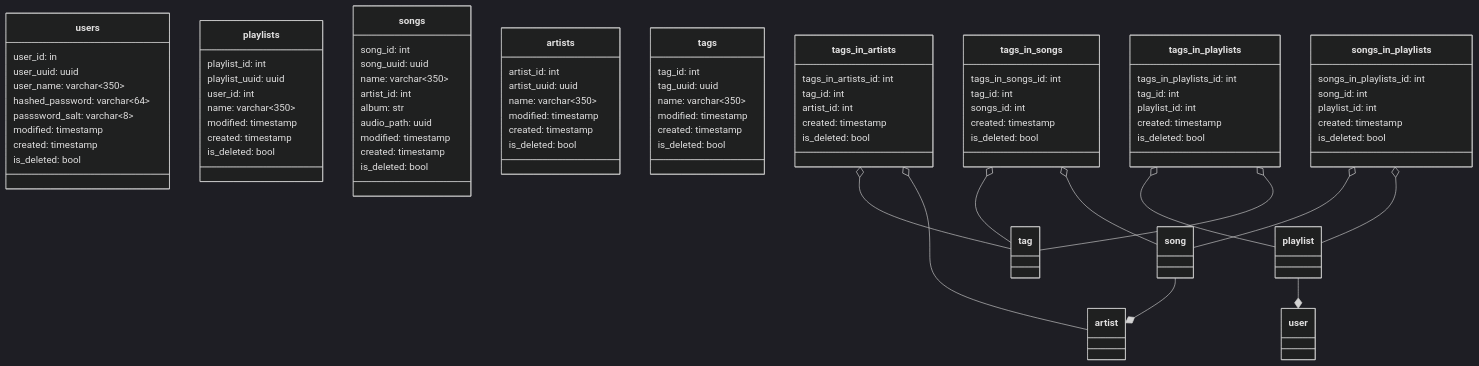
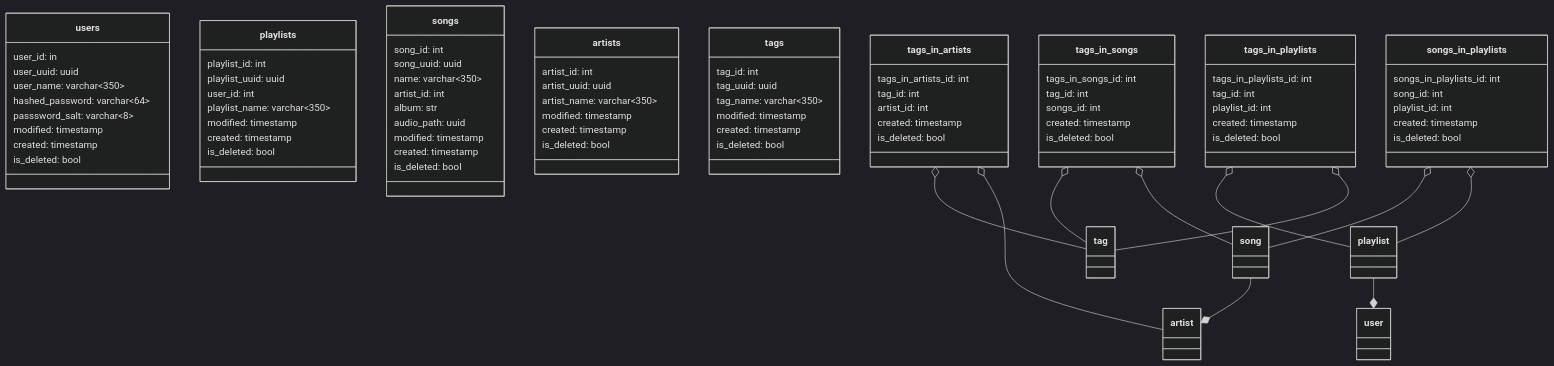
Before and after one commit to theglobehead/playlist-app-with-fastapi-react: the first of 2 diagrams in README.md, drawn with Mermaid (dark theme). The commit also changed 26 other files, not shown here.

```diff
--- a/README.md
+++ b/README.md
@@ -19,7 +19,7 @@
         playlist_id: int
         playlist_uuid: uuid
         user_id: int
-        name: varchar<350>
+        playlist_name: varchar<350>
         modified: timestamp
         created: timestamp
         is_deleted: bool
@@ -40,7 +40,7 @@
     class artists{
         artist_id: int
         artist_uuid: uuid
-        name: varchar<350>
+        artist_name: varchar<350>
         modified: timestamp
         created: timestamp
         is_deleted: bool
@@ -49,7 +49,7 @@
     class tags{
         tag_id: int
         tag_uuid: uuid
-        name: varchar<350>
+        tag_name: varchar<350>
         modified: timestamp
         created: timestamp
         is_deleted: bool
```
